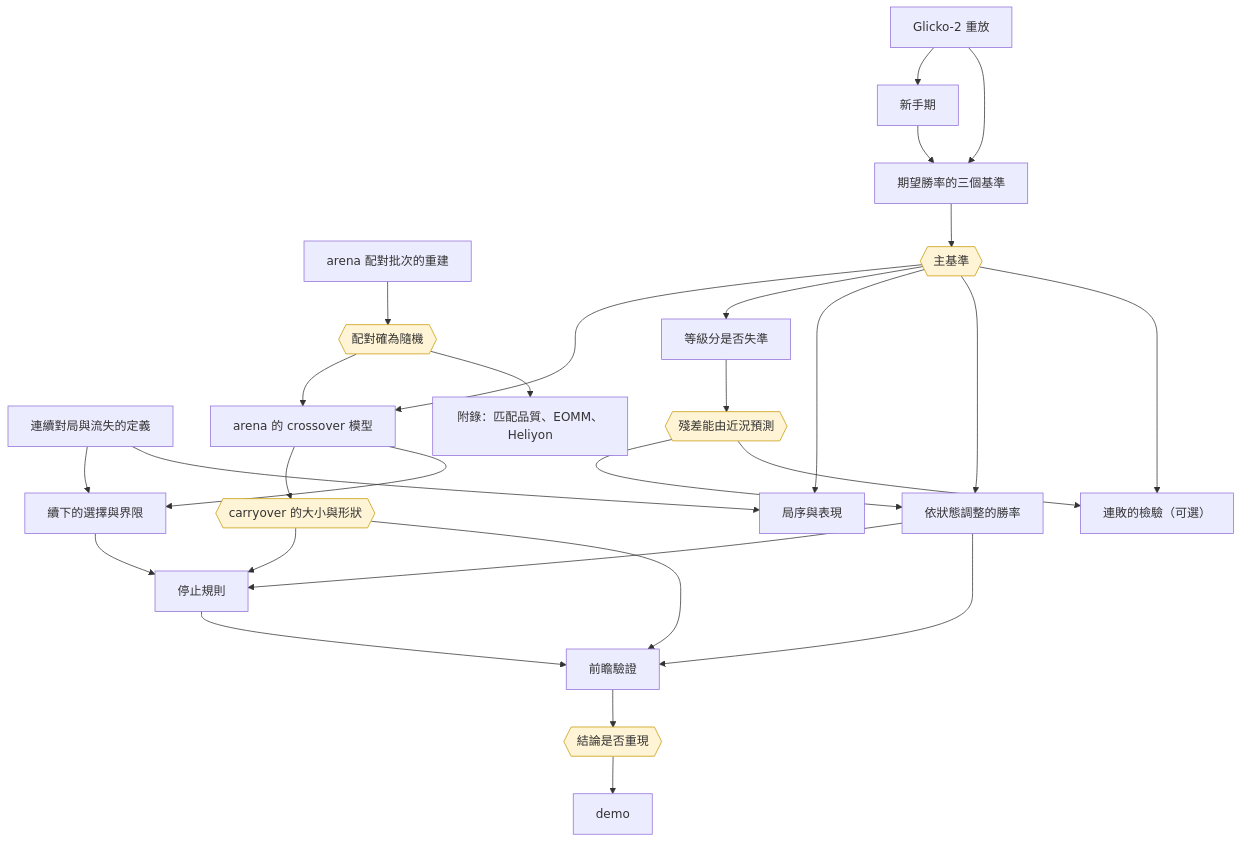
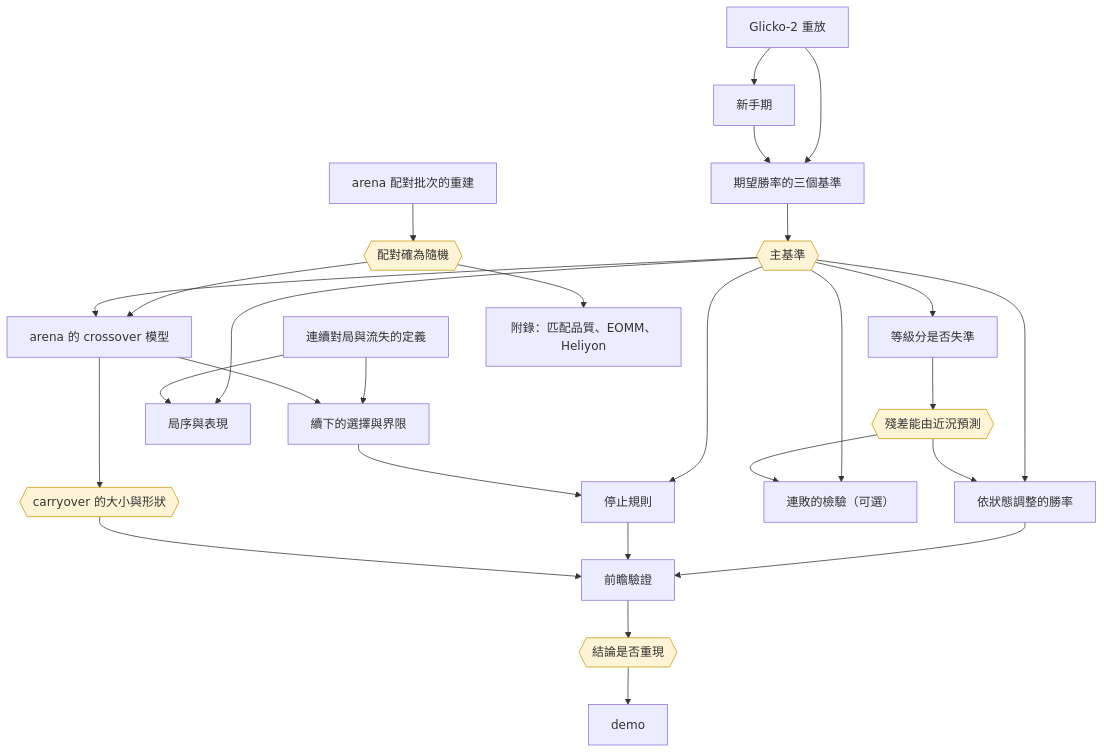
One commit to jambochen/analyze changed the diagram in docs/plan.md. Above: the diagram before and after it, drawn with Mermaid. The commit also changed other lines of this file and 5 other files, not shown here.

````diff
--- a/docs/plan.md
+++ b/docs/plan.md
@@ -192,56 +192,55 @@
 ```mermaid
 flowchart TD
     wave[arena 配對批次的重建]
     replaym[Glicko-2 重放]
     novm[新手期]
     basem[期望勝率的三個基準]
     churnm[連續對局與流失的定義]
     xom[arena 的 crossover 模型]
     selm[續下的選擇與界限]
     filterm[等級分是否失準]
     pmm[局序與表現]
     predm[依狀態調整的勝率]
     stopm[停止規則]
     prospm[前瞻驗證]
     demom[demo]
     streakm[連敗的檢驗（可選）]
     appm[附錄：匹配品質、EOMM、Heliyon]
 
     crand{{配對確為隨機}}
     cbase{{主基準}}
     cco{{carryover 的大小與形狀}}
     cpred{{殘差能由近況預測}}
     cprosp{{結論是否重現}}
 
     wave --> crand
     basem --> cbase
     xom --> cco
     filterm --> cpred
     prospm --> cprosp
 
     replaym --> novm
     replaym --> basem
     novm --> basem
     crand --> xom
     cbase --> xom
     churnm --> selm
     xom --> selm
     cbase --> filterm
     cbase --> pmm
     churnm --> pmm
     cbase --> predm
     cpred --> predm
-    predm --> stopm
-    cco --> stopm
+    cbase --> stopm
     selm --> stopm
     predm --> prospm
     stopm --> prospm
     cco --> prospm
     cprosp --> demom
     cbase --> streakm
     cpred --> streakm
     crand --> appm
 
     classDef concl fill:#fff4d6,stroke:#c99a06
     class crand,cbase,cco,cpred,cprosp concl
 ```
````
